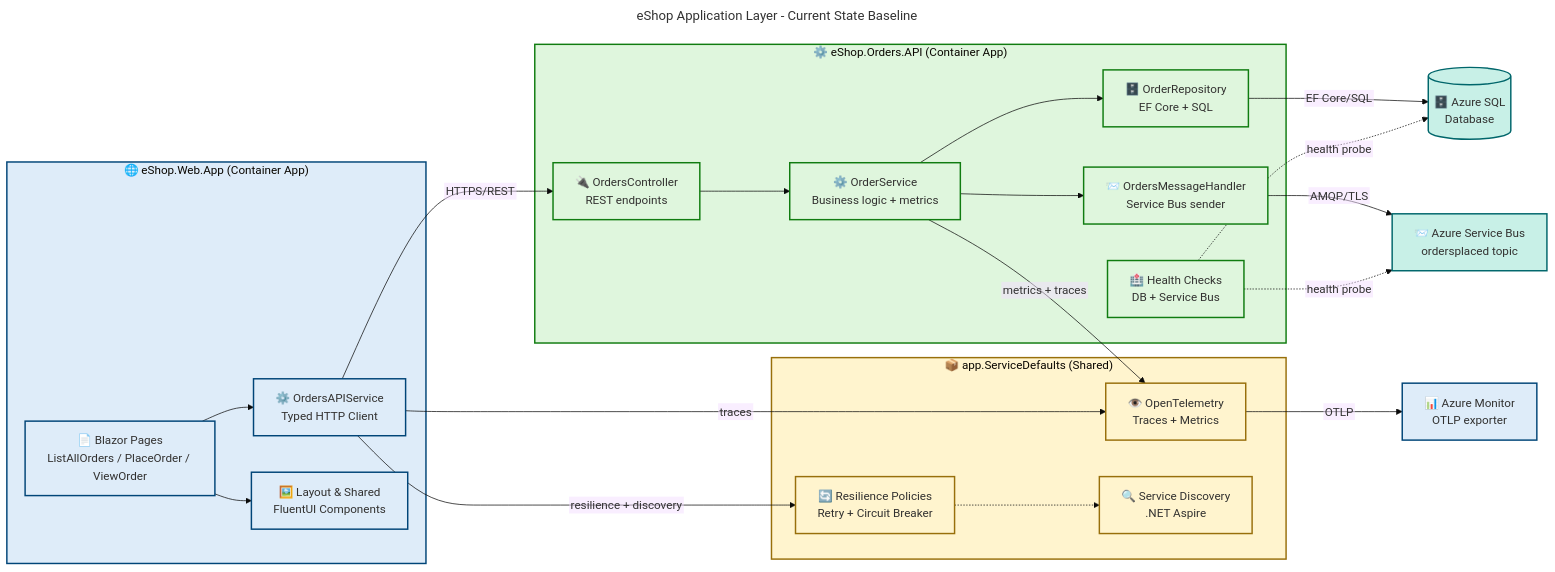
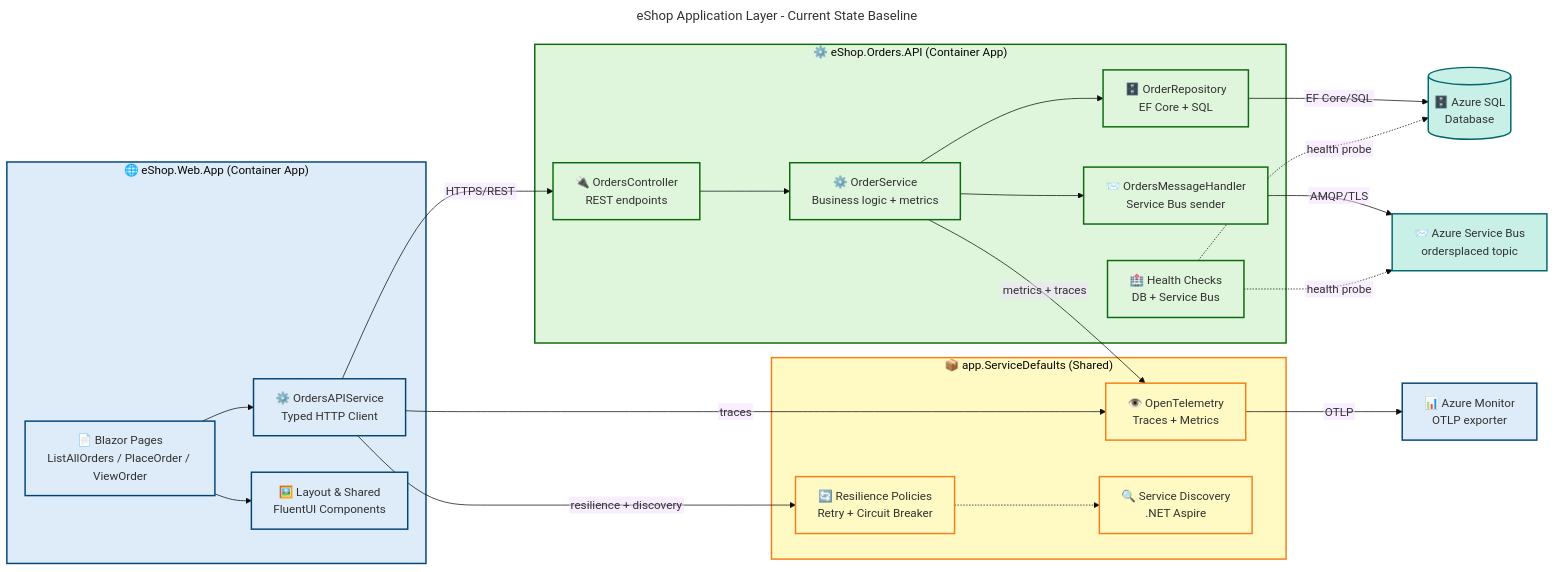
One commit to Evilazaro/Azure-LogicApps-Monitoring changed the third of 9 diagrams in docs/architecture/Application-Layer-Architecture.md. Above: the diagram before and after it, drawn with Mermaid. The commit also changed other lines of this file and 3 other files, not shown here.

Commit message:
docs: update color definitions in architecture diagrams for improved clarity and consistency

````diff
--- a/docs/architecture/Application-Layer-Architecture.md
+++ b/docs/architecture/Application-Layer-Architecture.md
@@ -485,74 +485,74 @@
 ```mermaid
 ---
 title: "eShop Application Layer - Current State Baseline"
 config:
   theme: base
   themeVariables:
     fontSize: '16px'
   flowchart:
     htmlLabels: false
 ---
 flowchart LR
     accTitle: eShop Application Layer Current State Baseline Architecture
     accDescr: Shows the current deployment topology with two container apps, shared service defaults module, and their connections to Azure SQL, Service Bus, and Azure Monitor
 
     %% ═══════════════════════════════════════════════════════════════════════════
     %% AZURE / FLUENT ARCHITECTURE PATTERN v1.1
     %% (Semantic + Structural + Font + Accessibility Governance)
     %% ═══════════════════════════════════════════════════════════════════════════
 
     subgraph webapp["🌐 eShop.Web.App (Container App)"]
         wPages["📄 Blazor Pages\nListAllOrders / PlaceOrder / ViewOrder"]
         wService["⚙️ OrdersAPIService\nTyped HTTP Client"]
         wLayout["🖼️ Layout & Shared\nFluentUI Components"]
     end
 
     subgraph ordersapi["⚙️ eShop.Orders.API (Container App)"]
         ctrl["🔌 OrdersController\nREST endpoints"]
         svc["⚙️ OrderService\nBusiness logic + metrics"]
         repo["🗄️ OrderRepository\nEF Core + SQL"]
         handler["📨 OrdersMessageHandler\nService Bus sender"]
         hc["🏥 Health Checks\nDB + Service Bus"]
     end
 
     subgraph defaults["📦 app.ServiceDefaults (Shared)"]
         otel["👁️ OpenTelemetry\nTraces + Metrics"]
         resilience["🔄 Resilience Policies\nRetry + Circuit Breaker"]
         discovery["🔍 Service Discovery\n.NET Aspire"]
     end
 
     azSql[("🗄️ Azure SQL\nDatabase")]
     azSB["📨 Azure Service Bus\nordersplaced topic"]
     azMon["📊 Azure Monitor\nOTLP exporter"]
 
     wPages --> wLayout
     wPages --> wService
     wService -->|"HTTPS/REST"| ctrl
     ctrl --> svc
     svc --> repo
     svc --> handler
     repo -->|"EF Core/SQL"| azSql
     handler -->|"AMQP/TLS"| azSB
     hc -.->|"health probe"| azSql
     hc -.->|"health probe"| azSB
     wService -->|"resilience + discovery"| resilience
     wService -->|"traces"| otel
     svc -->|"metrics + traces"| otel
     resilience -.-> discovery
     otel -->|"OTLP"| azMon
 
     classDef azureBlue fill:#DEECF9,stroke:#004578,stroke-width:2px,color:#323130
-    classDef successGreen fill:#DFF6DD,stroke:#107C10,stroke-width:2px,color:#323130
-    classDef warningYellow fill:#FFF4CE,stroke:#986F0B,stroke-width:2px,color:#323130
+    classDef successGreen fill:#DFF6DD,stroke:#0B6A0B,stroke-width:2px,color:#323130
+    classDef warningYellow fill:#FFF9C4,stroke:#F57F17,stroke-width:2px,color:#323130
     classDef presenceTeal fill:#C8F0E7,stroke:#00666B,stroke-width:2px,color:#323130
 
     class wPages,wService,wLayout azureBlue
     class ctrl,svc,repo,handler,hc successGreen
     class otel,resilience,discovery warningYellow
     class azSql,azSB presenceTeal
     class azMon azureBlue
 
     style webapp fill:#DEECF9,stroke:#004578,stroke-width:2px,color:#323130
-    style ordersapi fill:#DFF6DD,stroke:#107C10,stroke-width:2px,color:#323130
-    style defaults fill:#FFF4CE,stroke:#986F0B,stroke-width:2px,color:#323130
+    style ordersapi fill:#DFF6DD,stroke:#0B6A0B,stroke-width:2px,color:#323130
+    style defaults fill:#FFF9C4,stroke:#F57F17,stroke-width:2px,color:#323130
 ```
````
